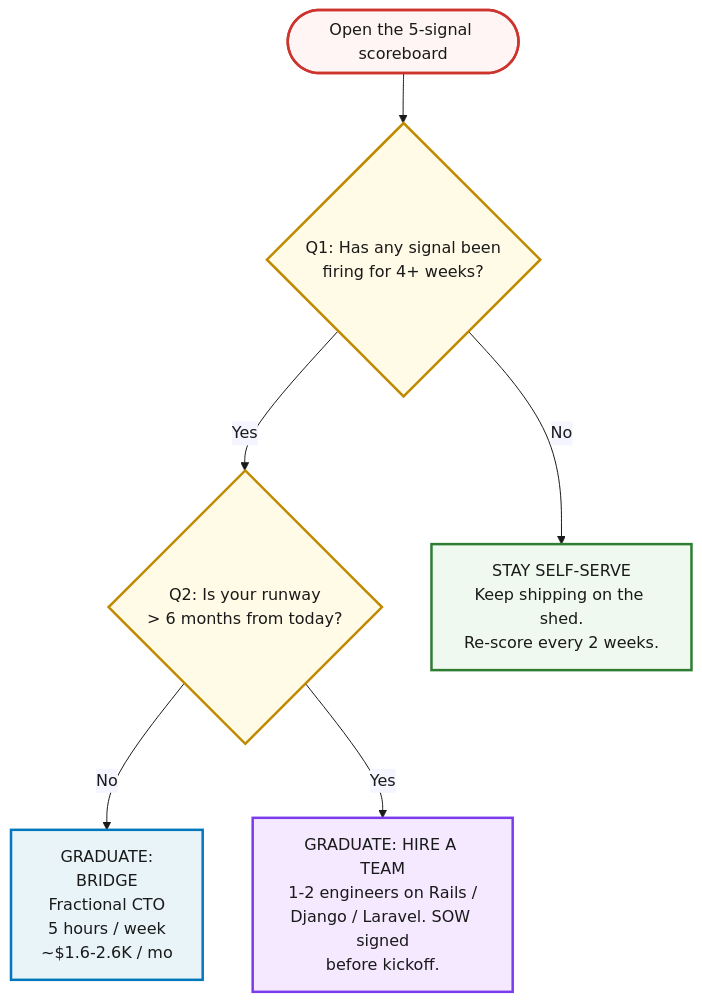
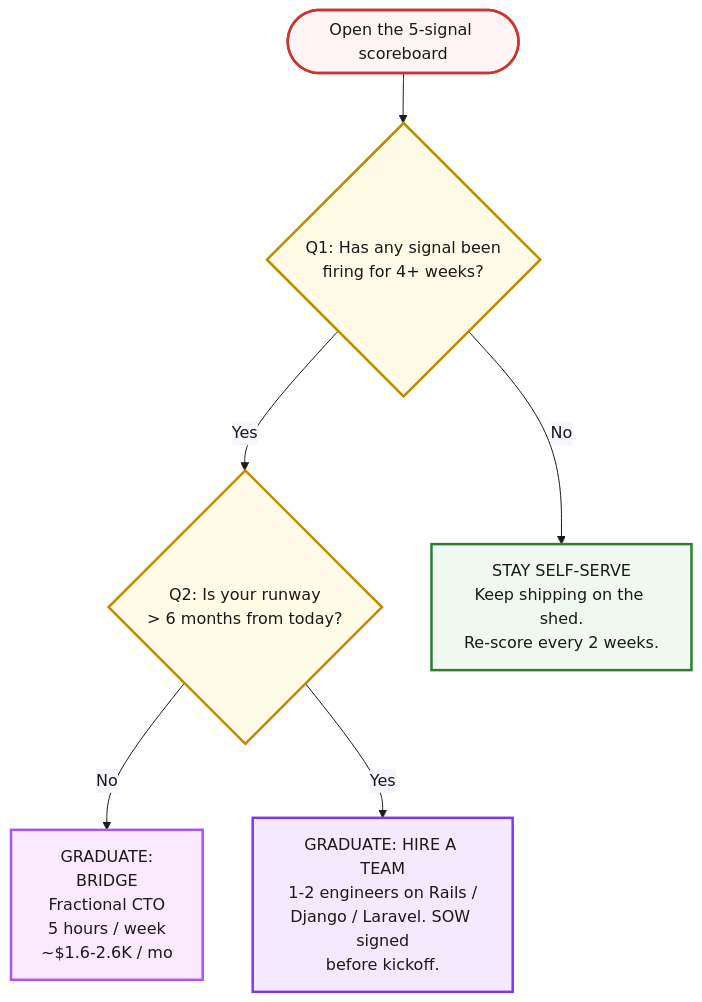
Before and after one commit to jetthoughts/jetthoughts.github.io: the diagram in content/course/tech-for-non-technical-founders-2026/vibe-coding-ceiling-signals/index.md, drawn with Mermaid. The commit also changed 37 other files, not shown here.

````diff
--- a/content/course/tech-for-non-technical-founders-2026/vibe-coding-ceiling-signals/index.md
+++ b/content/course/tech-for-non-technical-founders-2026/vibe-coding-ceiling-signals/index.md
@@ -177,27 +177,27 @@
 ```mermaid
 %%{init: {'theme':'base', 'themeVariables': {'fontFamily':'Caveat, Patrick Hand, Comic Sans MS, cursive', 'primaryColor':'#fff5f5', 'primaryBorderColor':'#cc342d', 'lineColor':'#1a1a1a', 'primaryTextColor':'#1a1a1a'}}}%%
 flowchart TD
     Start(["Open the 5-signal scoreboard"])
     Q1{"Q1: Has any signal been<br/>firing for 4+ weeks?"}
     Q2{"Q2: Is your runway<br/>&gt; 6 months from today?"}
     Stay["STAY SELF-SERVE<br/>Keep shipping on the shed.<br/>Re-score every 2 weeks."]
     Bridge["GRADUATE:<br/>BRIDGE<br/>Fractional CTO<br/>5 hours / week<br/>~$1.6-2.6K / mo"]
     Hire["GRADUATE: HIRE A TEAM<br/>1-2 engineers on Rails /<br/>Django / Laravel. SOW signed<br/>before kickoff."]
 
     Start --> Q1
     Q1 -- "No" --> Stay
     Q1 -- "Yes" --> Q2
     Q2 -- "No" --> Bridge
     Q2 -- "Yes" --> Hire
 
     classDef q fill:#fffbe6,stroke:#bf8a00,stroke-width:2.5px,color:#1a1a1a
     classDef stay fill:#f0f9f0,stroke:#2e7d32,stroke-width:2.5px,color:#1a1a1a
-    classDef bridge fill:#e8f4f8,stroke:#0277bd,stroke-width:2.5px,color:#1a1a1a
+    classDef bridge fill:#fbe9ff,stroke:#a855f7,stroke-width:2.5px,color:#1a1a1a
     classDef hire fill:#f5e9ff,stroke:#7c3aed,stroke-width:2.5px,color:#1a1a1a
     classDef start fill:#fff5f5,stroke:#cc342d,stroke-width:2.5px,color:#1a1a1a
     class Start start
     class Q1,Q2 q
     class Stay stay
     class Bridge bridge
     class Hire hire
 ```
````
